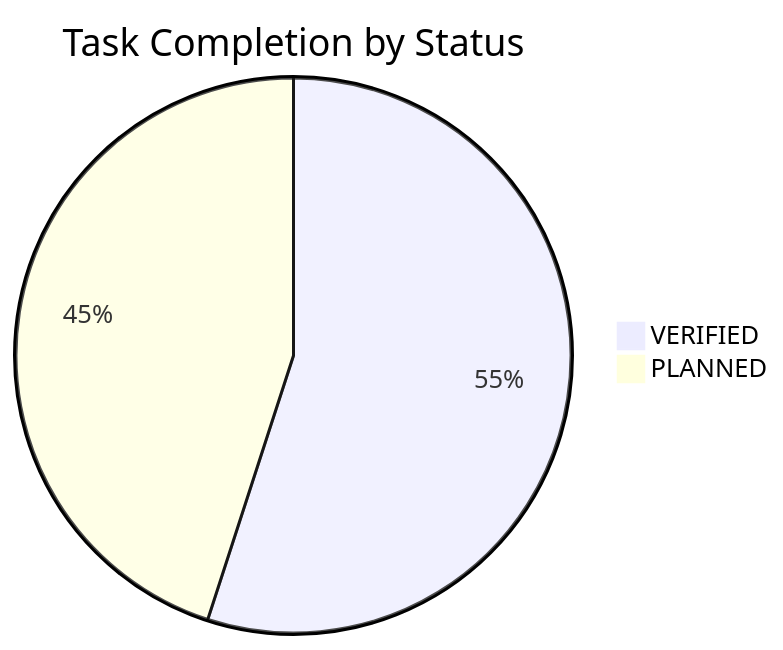
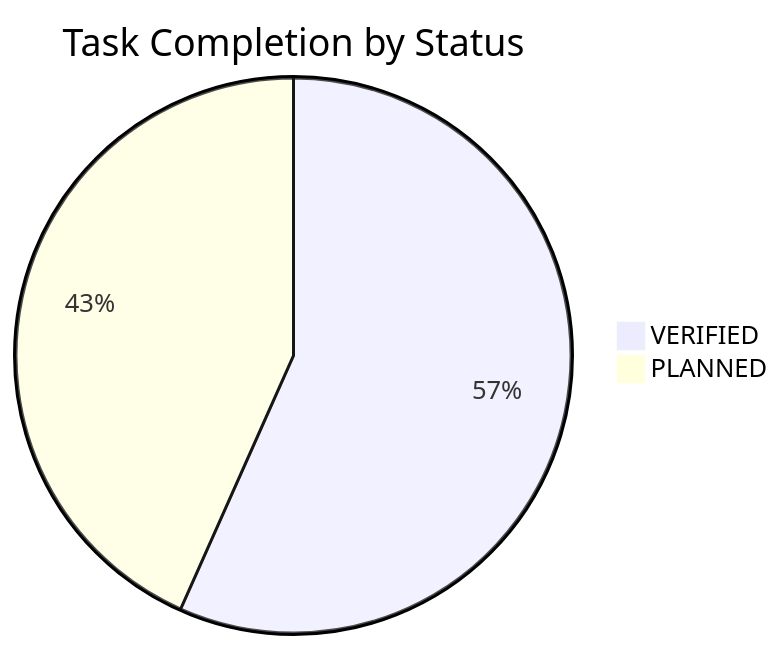
Before and after one commit to NguyenTriBaoThang/ClearWayAI: the diagram in docs/TASK_BOARD.md, drawn with Mermaid. The commit also changed other lines of this file and 11 other files, not shown here.

````diff
--- a/docs/TASK_BOARD.md
+++ b/docs/TASK_BOARD.md
@@ -16,5 +16,5 @@
 ```mermaid
 pie title Task Completion by Status
-    "VERIFIED" : 33
-    "PLANNED" : 27
+    "VERIFIED" : 34
+    "PLANNED" : 26
 ```
````
